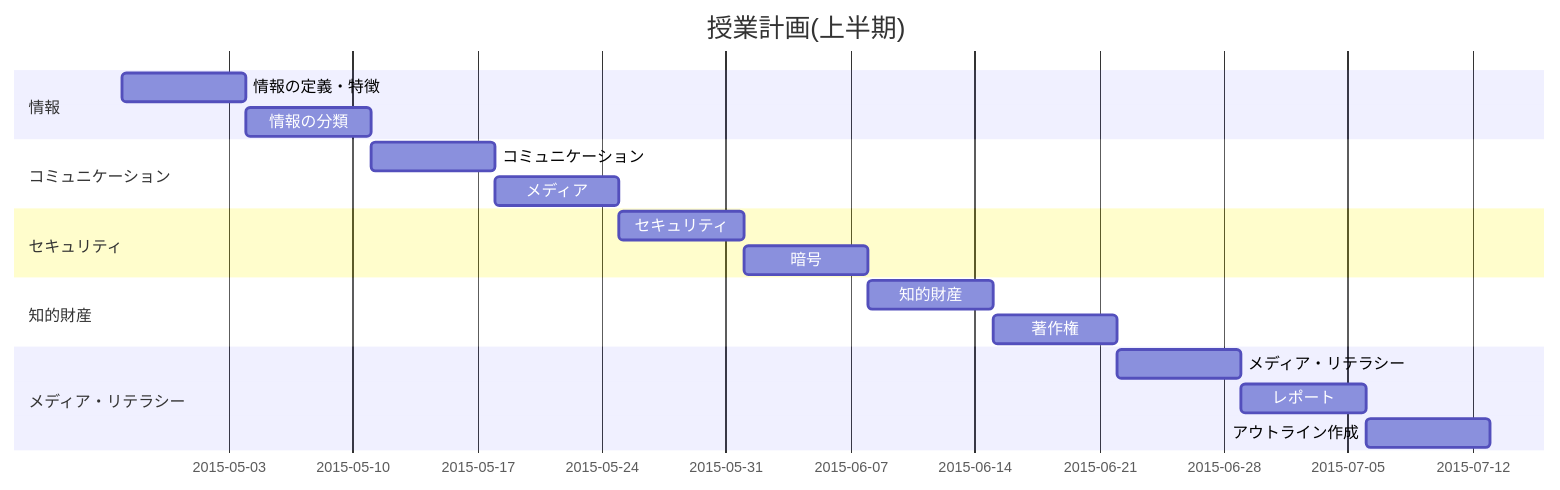
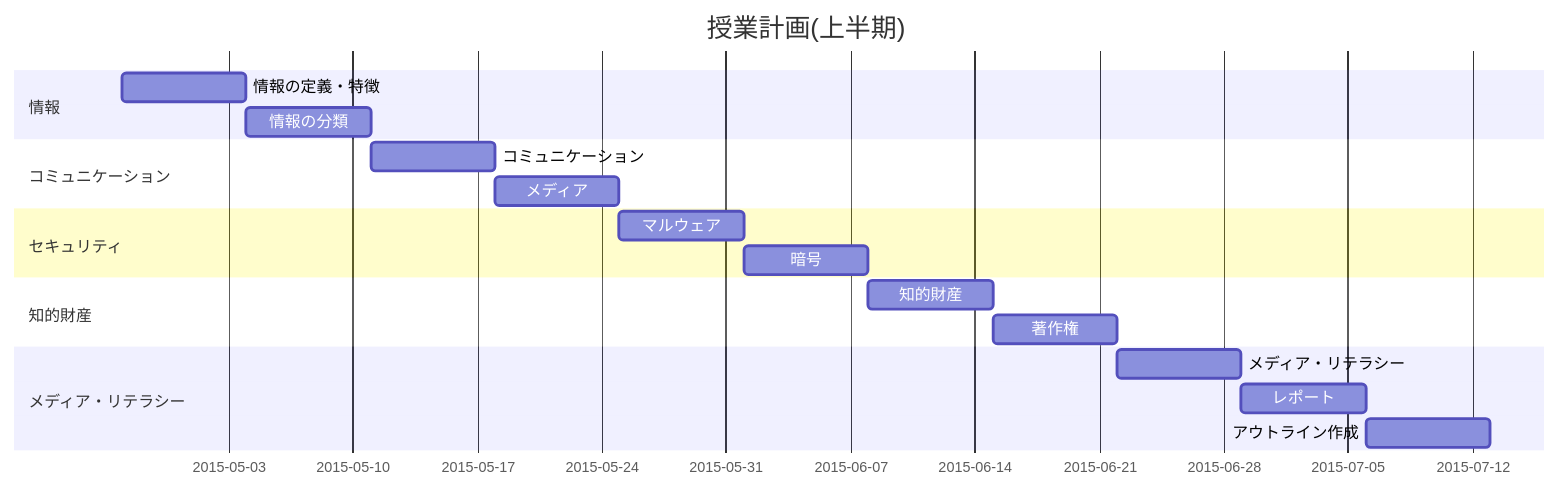
One commit to saireya/plan-informatics changed the first of 3 diagrams in README.md. Above: the diagram before and after it, drawn with Mermaid. The commit also changed other lines of this file, not shown here.

Commit message:
Added relational graph of units

````diff
--- a/README.md
+++ b/README.md
@@ -14,22 +14,22 @@
 ```mermaid
 gantt
 	title 授業計画(上半期)
 	dateFormat YYYY-MM-DD
 
 section 情報
 	情報の定義・特徴	:i1, 2015-04-27, 1w
 	情報の分類			:i2, after i1, 1w
 section コミュニケーション
 	コミュニケーション		:c1, after i2, 1w
 	メディア			:c2, after c1, 1w
 section セキュリティ
-	セキュリティ			:s1, after c2, 1w
+	マルウェア			:s1, after c2, 1w
 	暗号				:s2, after s1, 1w
 section 知的財産
 	知的財産			:l1, after s2, 1w
 	著作権			:l2, after l1, 1w
 section メディア・リテラシー
 	メディア・リテラシー		:m1, after l2, 1w
 	レポート			:m2, after m1, 1w
 	アウトライン作成		:m3, after m2, 1w
 ```
````
